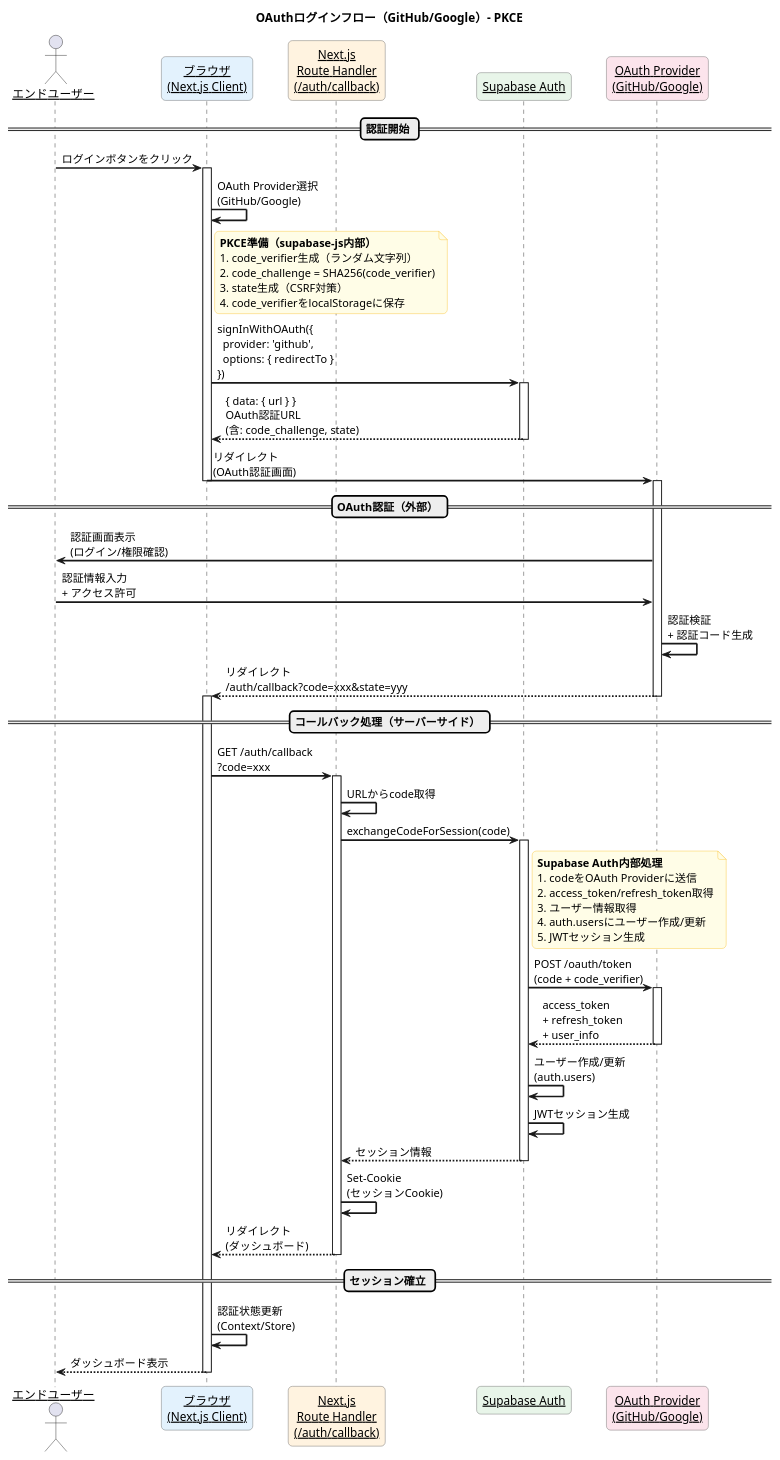
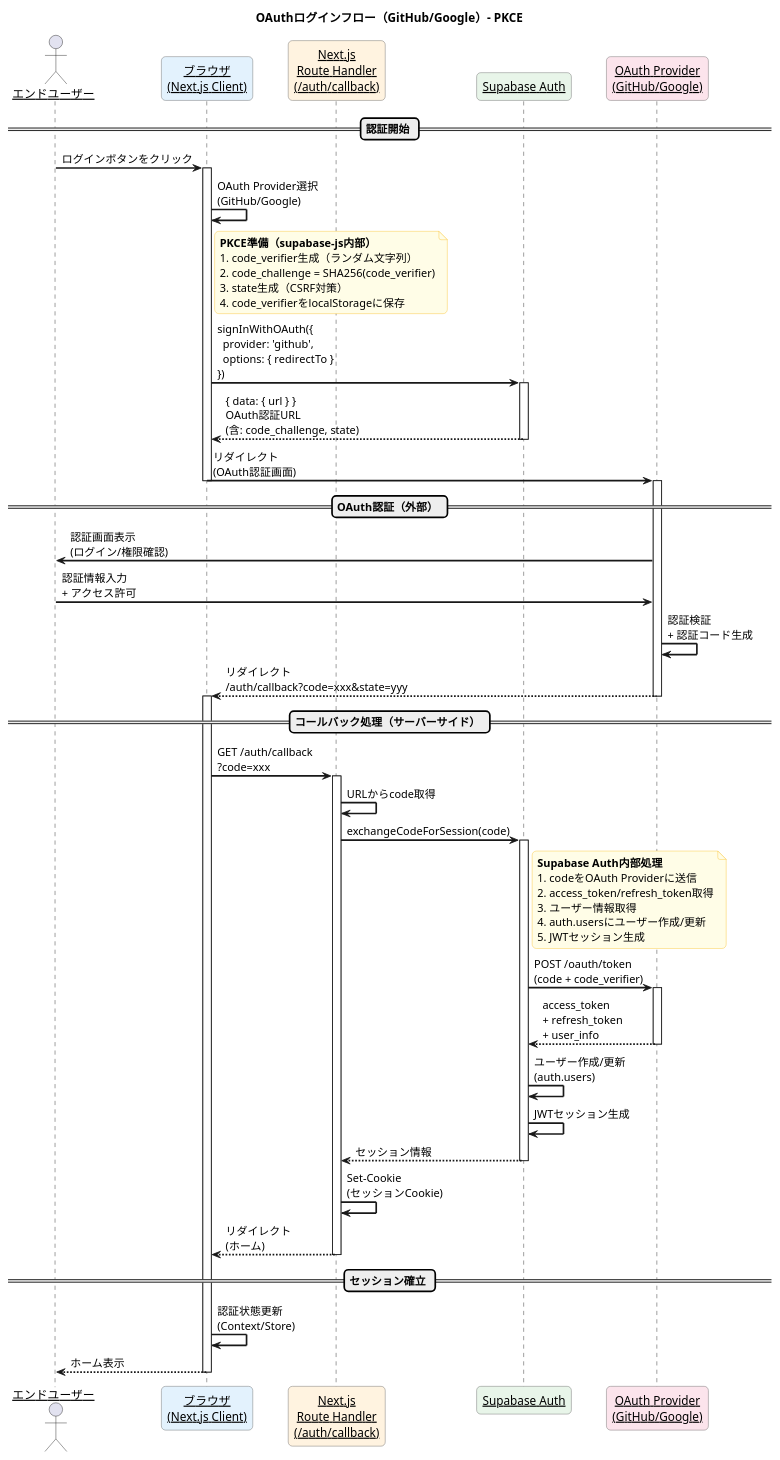
Before and after one commit to yoshiwo3/PlantUML2_Opus4.5: the first of 22 diagrams in docs/proposals/08_シーケンス図_20251214.md, drawn with PlantUML. The commit also changed 27 other files, not shown here.

```diff
--- a/docs/proposals/08_シーケンス図_20251214.md
+++ b/docs/proposals/08_シーケンス図_20251214.md
@@ -145,13 +145,13 @@
 
 callback -> callback : Set-Cookie\n(セッションCookie)
 
-callback --> browser : リダイレクト\n(ダッシュボード)
+callback --> browser : リダイレクト\n(ホーム)
 deactivate callback
 
 == セッション確立 ==
 
 browser -> browser : 認証状態更新\n(Context/Store)
-browser --> user : ダッシュボード表示
+browser --> user : ホーム表示
 
 deactivate browser
 
```
